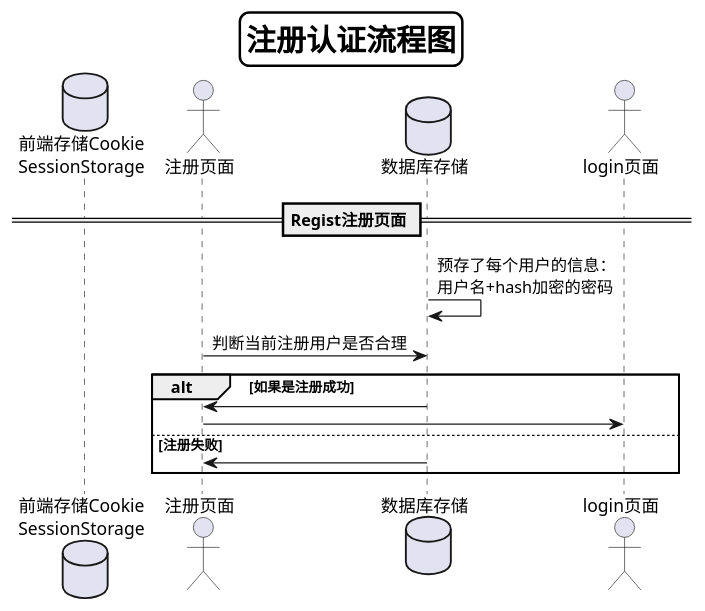
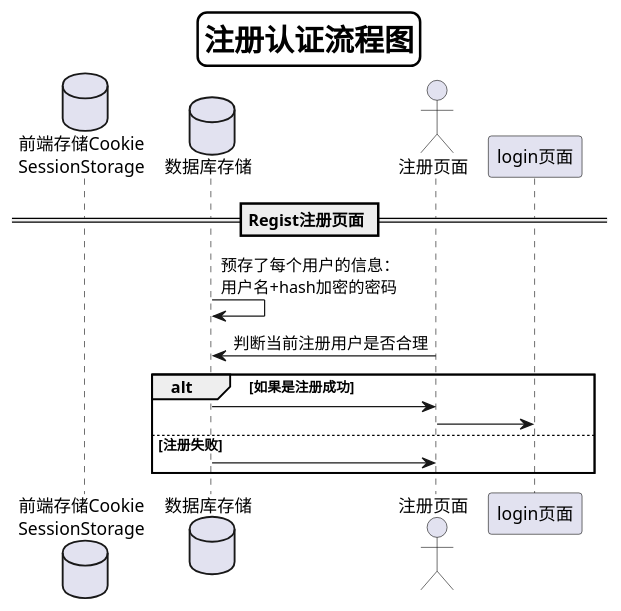
One commit to yimoqiuyi/is_analysis changed the diagram in test6/src/main/regist.puml. Above: the diagram before and after it, drawn with PlantUML. The commit also changed 20 other files, not shown here.

```diff
--- a/test6/src/main/regist.puml
+++ b/test6/src/main/regist.puml
@@ -1,22 +1,22 @@
 @startuml
 skinparam titleBorderRoundCorner 15
 skinparam titleBorderThickness 2
 skinparam titleBorderColor #Black
 skinparam titleFontSize 24
 Title 注册认证流程图
 
 database "前端存储Cookie\nSessionStorage" as 前端存储
 actor 注册页面
 database 数据库存储
-actor login页面
+actor 注册页面
 == Regist注册页面 ==
 数据库存储->数据库存储:预存了每个用户的信息：\n用户名+hash加密的密码
 注册页面-> 数据库存储:判断当前注册用户是否合理
 
 alt  如果是注册成功
 数据库存储 -> 注册页面
 注册页面 ->login页面
 else 注册失败
 数据库存储 -> 注册页面
 end
 @enduml
```
